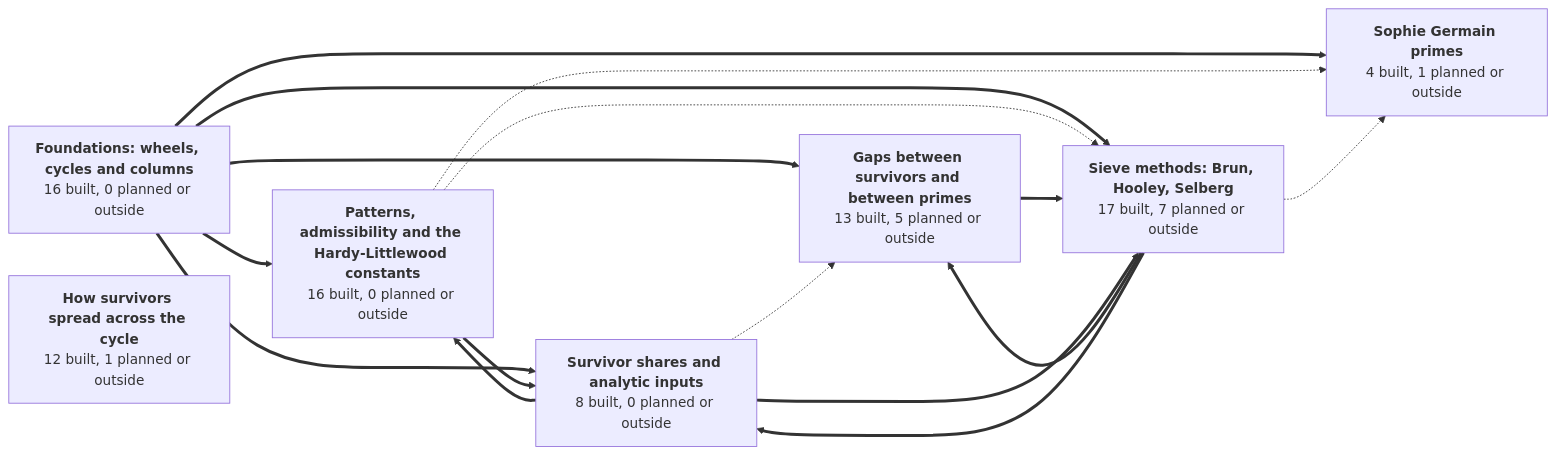
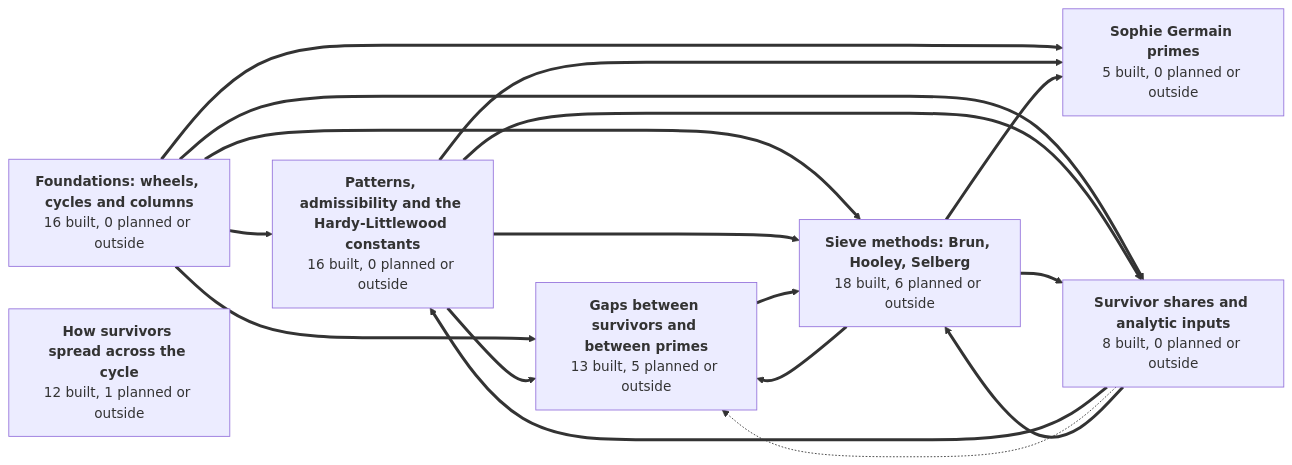
The first of 8 diagrams in GRAPH.md (golfbum71/RNS-Sieve-Network), drawn with Mermaid before and after one commit. The commit also changed other lines of this file and 29 other files, not shown here.

First line of the commit message:
PatternUpperBound, GermainReciprocals, GapPairs (Ford's first-power form): built clean (standard axioms); node list and graph

````diff
--- a/GRAPH.md
+++ b/GRAPH.md
@@ -45,32 +45,33 @@
 ```mermaid
 graph LR
   g1["<b>Foundations: wheels, cycles and columns</b><br/>16 built, 0 planned or outside"]
   g2["<b>Patterns, admissibility and the Hardy-Littlewood constants</b><br/>16 built, 0 planned or outside"]
   g3["<b>How survivors spread across the cycle</b><br/>12 built, 1 planned or outside"]
   g4["<b>Gaps between survivors and between primes</b><br/>13 built, 5 planned or outside"]
-  g5["<b>Sophie Germain primes</b><br/>4 built, 1 planned or outside"]
+  g5["<b>Sophie Germain primes</b><br/>5 built, 0 planned or outside"]
   g6["<b>Survivor shares and analytic inputs</b><br/>8 built, 0 planned or outside"]
-  g7["<b>Sieve methods: Brun, Hooley, Selberg</b><br/>17 built, 7 planned or outside"]
+  g7["<b>Sieve methods: Brun, Hooley, Selberg</b><br/>18 built, 6 planned or outside"]
   g1 ==> g2
   g1 ==> g4
   g1 ==> g5
   g1 ==> g6
   g1 ==> g7
-  g2 -.-> g5
+  g2 ==> g4
+  g2 ==> g5
   g2 ==> g6
-  g2 -.-> g7
+  g2 ==> g7
   g4 ==> g7
   g6 ==> g2
   g6 -.-> g4
   g6 ==> g7
   g7 ==> g4
-  g7 -.-> g5
+  g7 ==> g5
   g7 ==> g6
   click g1 href "https://github.com/golfbum71/RNS-Sieve-Network/blob/main/GRAPH.md#foundations-wheels-cycles-and-columns" _self
   click g2 href "https://github.com/golfbum71/RNS-Sieve-Network/blob/main/GRAPH.md#patterns-admissibility-and-the-hardy-littlewood-constants" _self
   click g3 href "https://github.com/golfbum71/RNS-Sieve-Network/blob/main/GRAPH.md#how-survivors-spread-across-the-cycle" _self
   click g4 href "https://github.com/golfbum71/RNS-Sieve-Network/blob/main/GRAPH.md#gaps-between-survivors-and-between-primes" _self
   click g5 href "https://github.com/golfbum71/RNS-Sieve-Network/blob/main/GRAPH.md#sophie-germain-primes" _self
   click g6 href "https://github.com/golfbum71/RNS-Sieve-Network/blob/main/GRAPH.md#survivor-shares-and-analytic-inputs" _self
   click g7 href "https://github.com/golfbum71/RNS-Sieve-Network/blob/main/GRAPH.md#sieve-methods-brun-hooley-selberg" _self
 ```
````
